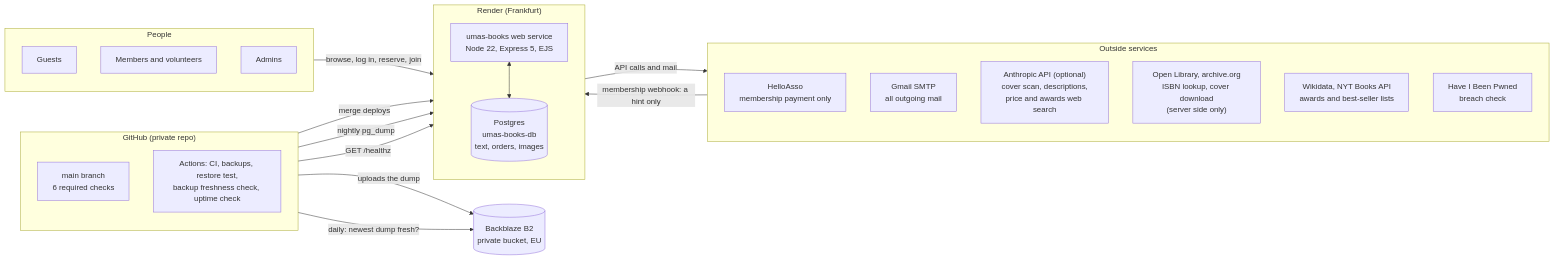
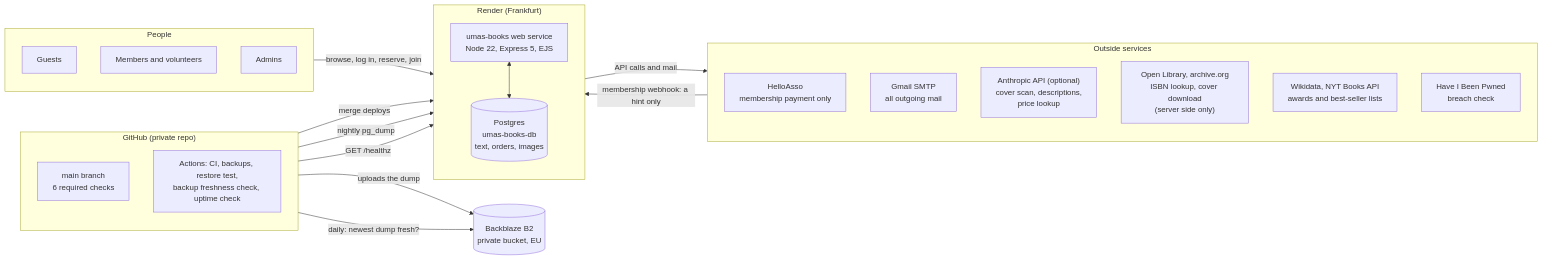
One commit to umasbooksadmin/umasbookswebsite changed the first of 15 diagrams in docs/architecture.md. Above: the diagram before and after it, drawn with Mermaid. The commit also changed other lines of this file and 20 other files, not shown here.

````diff
--- a/docs/architecture.md
+++ b/docs/architecture.md
@@ -41,43 +41,43 @@
 ```mermaid
 flowchart LR
   subgraph People
     direction TB
     V[Guests]
     M[Members and volunteers]
     A[Admins]
   end
 
   subgraph Render["Render (Frankfurt)"]
     direction TB
     W["umas-books web service<br/>Node 22, Express 5, EJS"]
     DB[("Postgres<br/>umas-books-db<br/>text, orders, images")]
     W <--> DB
   end
 
   subgraph External["Outside services"]
     direction TB
     HA["HelloAsso<br/>membership payment only"]
     GM["Gmail SMTP<br/>all outgoing mail"]
-    AN["Anthropic API (optional)<br/>cover scan, descriptions,<br/>price and awards web search"]
+    AN["Anthropic API (optional)<br/>cover scan, descriptions,<br/>price lookup"]
     OL["Open Library, archive.org<br/>ISBN lookup, cover download<br/>(server side only)"]
     WD["Wikidata, NYT Books API<br/>awards and best-seller lists"]
     PW["Have I Been Pwned<br/>breach check"]
   end
 
   subgraph GitHub["GitHub (private repo)"]
     direction TB
     REPO["main branch<br/>6 required checks"]
     ACT["Actions: CI, backups, restore test,<br/>backup freshness check, uptime check"]
   end
 
   OFF[("Backblaze B2<br/>private bucket, EU")]
 
   People -->|"browse, log in, reserve, join"| W
   W -->|"API calls and mail"| External
   HA -->|"membership webhook: a hint only"| W
   REPO -->|"merge deploys"| W
   ACT -->|"nightly pg_dump"| DB
   ACT -->|"GET /healthz"| W
   ACT -->|"uploads the dump"| OFF
   ACT -->|"daily: newest dump fresh?"| OFF
 ```
````
